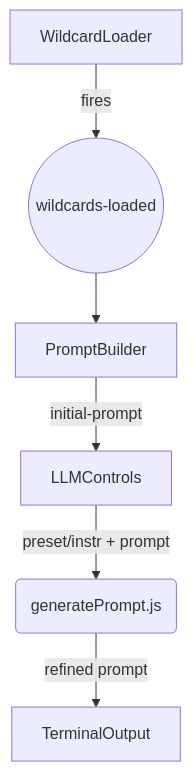
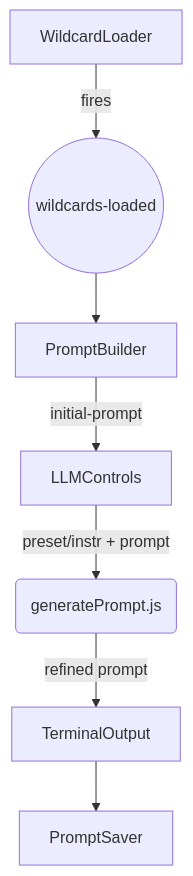
Before and after one commit to conquestace/conquestace: the diagram in README.md, drawn with Mermaid. The commit also changed other lines of this file, not shown here.

`````diff
--- a/README.md
+++ b/README.md
@@ -65,8 +64,9 @@
 ```mermaid
 graph TD
   A[WildcardLoader] -- fires --> B((wildcards-loaded))
   B --> C[PromptBuilder]
   C -- initial-prompt --> D[LLMControls]
   D -- preset/instr + prompt --> F(generatePrompt.js)
   F -- refined prompt --> G[TerminalOutput]
-```
+  G --> H[PromptSaver]
+````
`````
